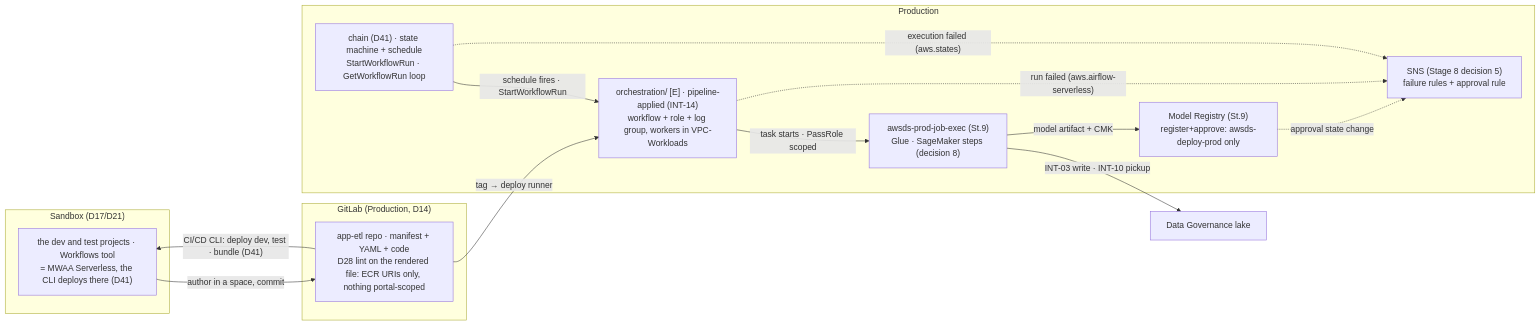
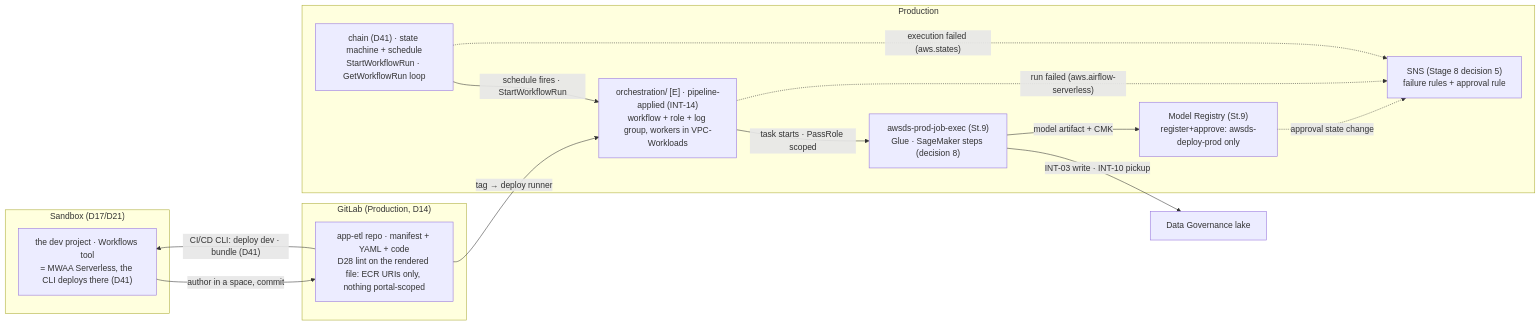
The diagram in docs/plan/stages/stage-10-orchestration-promotion.md (felipenoris/AWS-DataScience), drawn with Mermaid before and after one commit. The commit also changed other lines of this file and 96 other files, not shown here.

````diff
--- a/docs/plan/stages/stage-10-orchestration-promotion.md
+++ b/docs/plan/stages/stage-10-orchestration-promotion.md
@@ -60,26 +60,26 @@
 ```mermaid
 flowchart LR
     subgraph SBX["Sandbox (D17/D21)"]
-        STU["the dev and test projects · Workflows tool<br/>= MWAA Serverless, the CLI deploys there (D41)"]
+        STU["the dev project · Workflows tool<br/>= MWAA Serverless, the CLI deploys there (D41)"]
     end
     subgraph GL["GitLab (Production, D14)"]
         REPO["app-etl repo · manifest + YAML + code<br/>D28 lint on the rendered file: ECR URIs only, nothing portal-scoped"]
     end
     subgraph PRD["Production"]
         ORC["orchestration/ [E] · pipeline-applied (INT-14)<br/>workflow + role + log group, workers in VPC-Workloads"]
         CHAIN["chain (D41) · state machine + schedule<br/>StartWorkflowRun · GetWorkflowRun loop"]
         JOB["awsds-prod-job-exec (St.9)<br/>Glue · SageMaker steps (decision 8)"]
         REG["Model Registry (St.9)<br/>register+approve: awsds-deploy-prod only"]
         SNS["SNS (Stage 8 decision 5)<br/>failure rules + approval rule"]
     end
     STU -->|"author in a space, commit"| REPO
-    REPO -->|"CI/CD CLI: deploy dev, test · bundle (D41)"| STU
+    REPO -->|"CI/CD CLI: deploy dev · bundle (D41)"| STU
     REPO -->|"tag → deploy runner"| ORC
     CHAIN -->|"schedule fires · StartWorkflowRun"| ORC
     ORC -->|"task starts · PassRole scoped"| JOB
     JOB -->|"INT-03 write · INT-10 pickup"| LAKE["Data Governance lake"]
     JOB -->|"model artifact + CMK"| REG
     ORC -.->|"run failed (aws.airflow-serverless)"| SNS
     CHAIN -.->|"execution failed (aws.states)"| SNS
     REG -.->|"approval state change"| SNS
 ```
````
